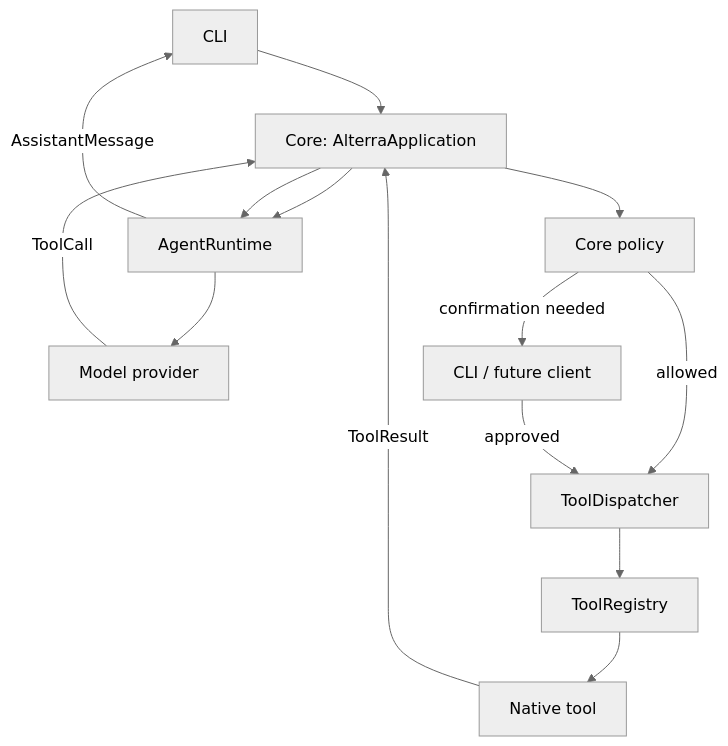
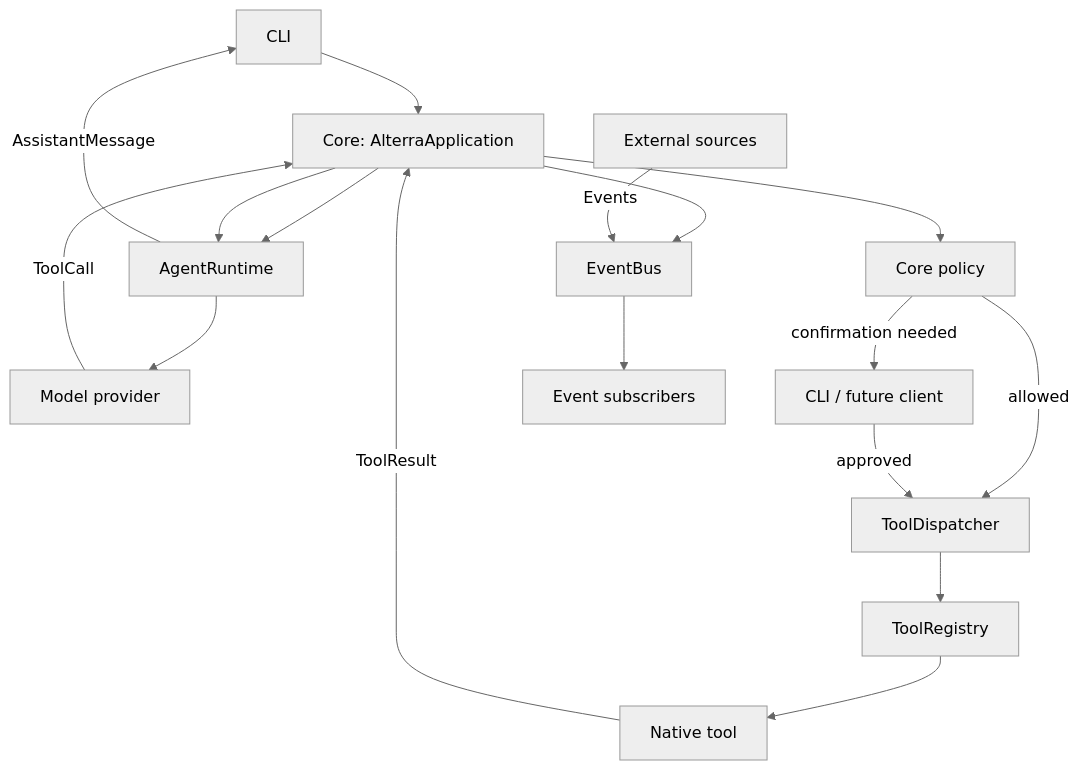
Before and after one commit to Duve3/Alterra: the diagram in docs/architecture.md, drawn with Mermaid (neutral theme). The commit also changed other lines of this file, not shown here.

Commit message:
docs: Update architecture.md for Phase 4 (events + memory tools)

````diff
--- a/docs/architecture.md
+++ b/docs/architecture.md
@@ -14,16 +15,19 @@
 ```mermaid
 flowchart TD
   CLI --> Core[Core: AlterraApplication]
   Core --> Agent[AgentRuntime]
   Agent --> Model[Model provider]
   Model -->|ToolCall| Core
   Core --> Policy[Core policy]
   Policy -->|allowed| Dispatcher[ToolDispatcher]
   Policy -->|confirmation needed| UI[CLI / future client]
   UI -->|approved| Dispatcher
   Dispatcher --> Registry[ToolRegistry]
   Registry --> Tool[Native tool]
   Tool -->|ToolResult| Core
   Core --> Agent
   Agent -->|AssistantMessage| CLI
+  Core --> Events[EventBus]
+  Events --> Subscribers[Event subscribers]
+  External[External sources] -->|Events| Events
 ```
````
